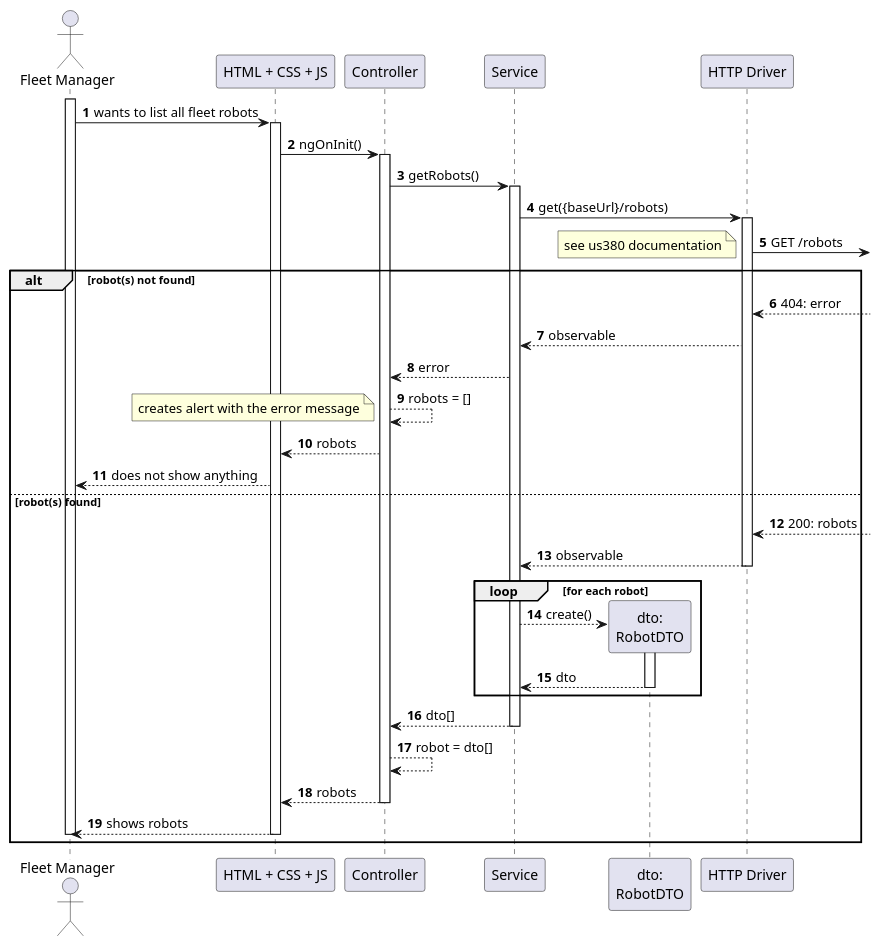
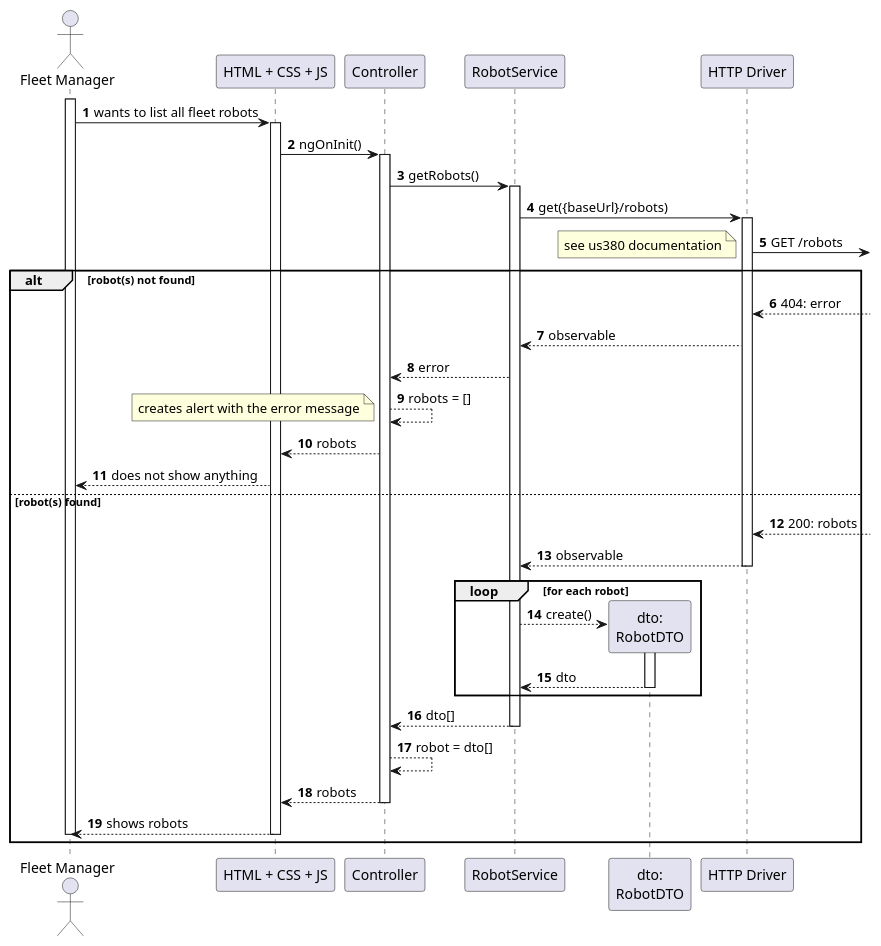
Before and after one commit to Departamento-de-Engenharia-Informatica/lapr5-23-24-g19: the diagram in docs/us1030/level3/process-view.puml, drawn with PlantUML. The commit also changed 9 other files, not shown here.

```diff
--- a/docs/us1030/level3/process-view.puml
+++ b/docs/us1030/level3/process-view.puml
@@ -1,68 +1,68 @@
 @startuml
 autonumber
 
 actor "Fleet Manager" as usr
 
 participant "HTML + CSS + JS" as view
 participant "Controller" as ctrl
-participant "Service" as svc
+participant "RobotService" as svc
 participant "dto:\nRobotDTO" as dto
 
 participant "HTTP Driver" as http
 
 
 activate usr
     usr -> view :  wants to list all fleet robots
     activate view
         view -> ctrl : ngOnInit()
         activate ctrl
             ctrl -> svc : getRobots()
             activate svc
                 svc -> http : get({baseUrl}/robots)
                 activate http
                     http ->] : GET /robots
 
                     note right : see us380 documentation
     alt robot(s) not found
                         http <--]: 404: error
                         http --> svc : observable
                         svc --> ctrl : error
                         ctrl --> ctrl : robots = []
                         note bottom : creates alert with the error message
                         ctrl --> view : robots
                         view --> usr : does not show anything
 
     else robot(s) found
                         http <--] : 200: robots
 
 
                     http --> svc : observable
                 deactivate http
 
                 loop for each robot
                     svc --> dto** : create()
                     activate dto
                         dto --> svc : dto
                     deactivate dto
                 end
 
                 svc --> ctrl : dto[]
             deactivate svc
             ctrl --> ctrl : robot = dto[]
             ctrl --> view : robots
         deactivate ctrl
 
 
 
 
 
         view --> usr : shows robots
     deactivate view
 
 
     deactivate view
 deactivate usr
 
 end
 
 @enduml
```
